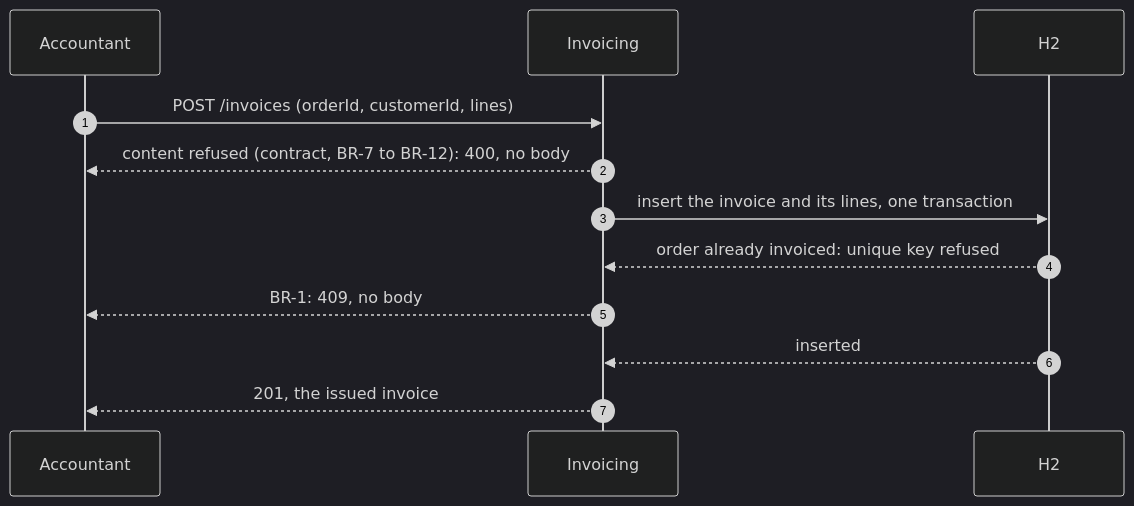
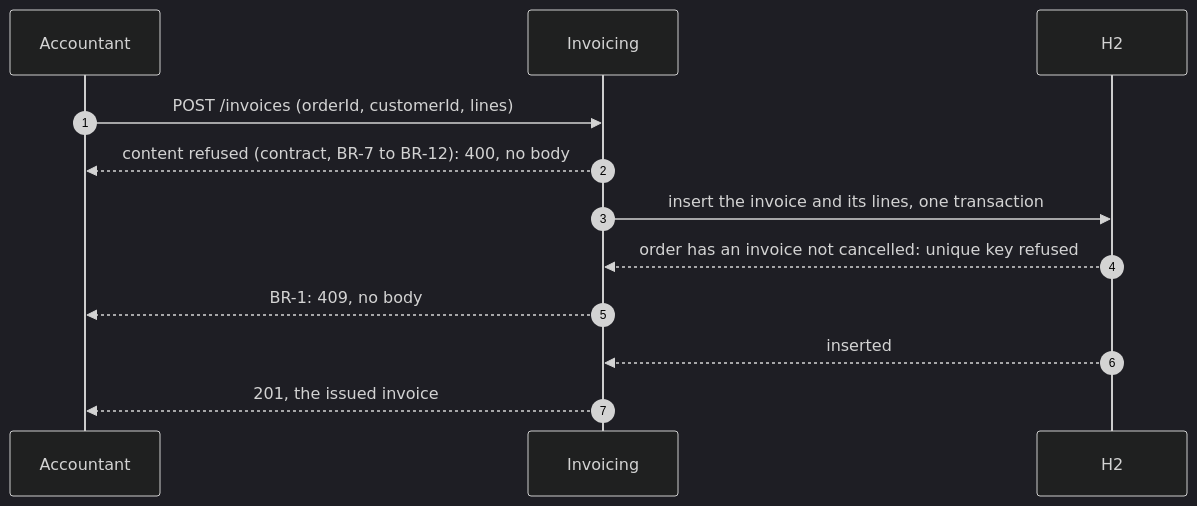
The diagram in docs/designs/issue-and-read-invoice.md (elie29/partition-commerce), drawn with Mermaid (dark theme) before and after one commit. The commit also changed 25 other files, not shown here.

````diff
--- a/docs/designs/issue-and-read-invoice.md
+++ b/docs/designs/issue-and-read-invoice.md
@@ -13,14 +13,14 @@
 ```mermaid
 sequenceDiagram
     autonumber
     participant accountant as Accountant
     participant invoicing as Invoicing
     participant h2 as H2
     accountant->>invoicing: POST /invoices (orderId, customerId, lines)
     invoicing-->>accountant: content refused (contract, BR-7 to BR-12): 400, no body
     invoicing->>h2: insert the invoice and its lines, one transaction
-    h2-->>invoicing: order already invoiced: unique key refused
+    h2-->>invoicing: order has an invoice not cancelled: unique key refused
     invoicing-->>accountant: BR-1: 409, no body
     h2-->>invoicing: inserted
     invoicing-->>accountant: 201, the issued invoice
 ```
````
